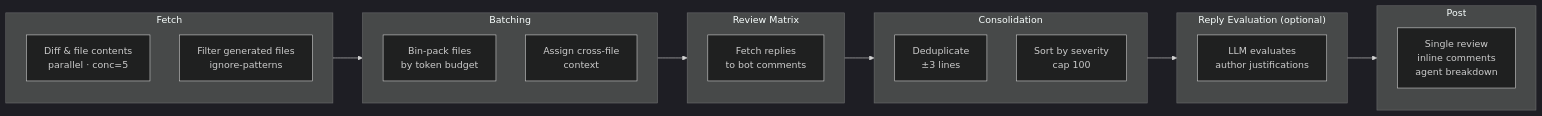
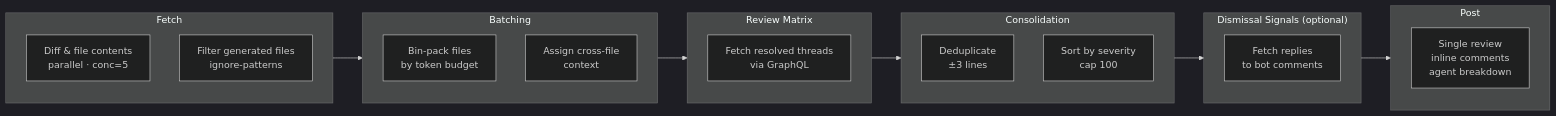
Before and after one commit to 4itworks/livvie_code_review: the diagram in README.md, drawn with Mermaid (dark theme). The commit also changed other lines of this file and 21 other files, not shown here.

First line of the commit message:
feat: reduce blocking of urgent bugfixes via scope-aware review

````diff
--- a/README.md
+++ b/README.md
@@ -370,26 +382,26 @@
 ```mermaid
 flowchart LR
     subgraph FETCH["Fetch"]
         F1["Diff & file contents<br/>parallel · conc=5"]
         F2["Filter generated files<br/>ignore-patterns"]
     end
     subgraph BATCH["Batching"]
         B1["Bin-pack files<br/>by token budget"]
         B2["Assign cross-file<br/>context"]
     end
     subgraph REVIEW["Review Matrix"]
         R1["Batches × Agents<br/>conc=3 · circuit breaker"]
     end
     subgraph CONSOL["Consolidation"]
         C1["Deduplicate<br/>±3 lines"]
         C2["Sort by severity<br/>cap 100"]
     end
-    subgraph REPLIES["Reply Evaluation (optional)"]
-        R1["Fetch replies<br/>to bot comments"]
-        R2["LLM evaluates<br/>author justifications"]
+    subgraph DISMISSAL["Dismissal Signals (optional)"]
+        R1["Fetch resolved threads<br/>via GraphQL"]
+        R2["Fetch replies<br/>to bot comments"]
     end
     subgraph POST["Post"]
         P1["Single review<br/>inline comments<br/>agent breakdown"]
     end
-    FETCH --> BATCH --> REVIEW --> CONSOL --> REPLIES --> POST
+    FETCH --> BATCH --> REVIEW --> CONSOL --> DISMISSAL --> POST
 ```
````
